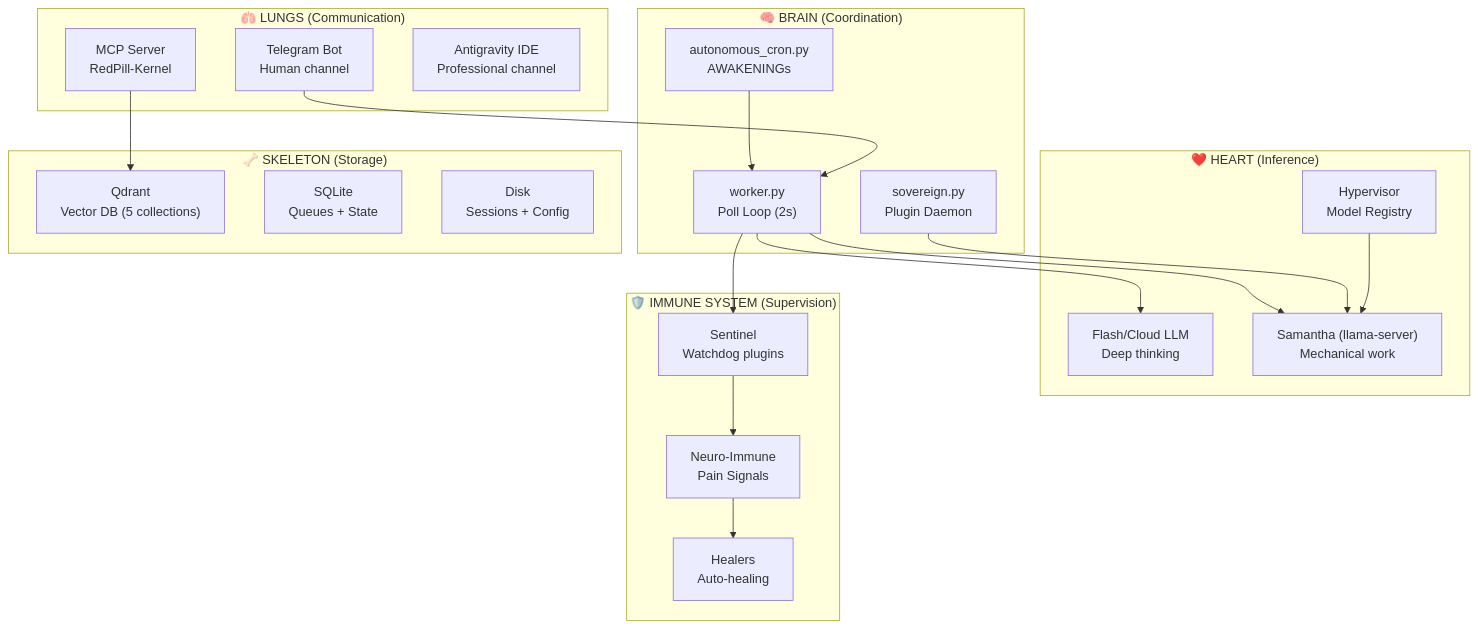
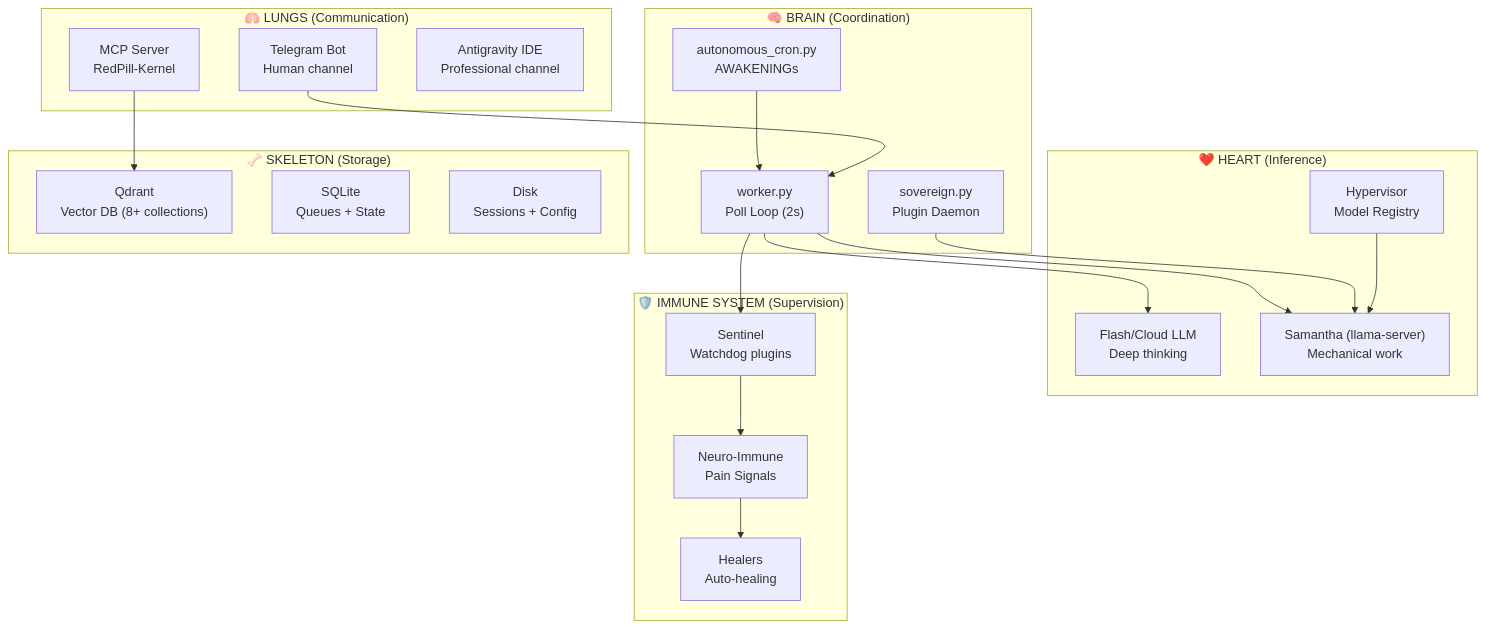
The first of 10 diagrams in docs/TECHNICAL/WAR_ECONOMY.md (joanfgarcia/antigravity-red-pill), drawn with Mermaid before and after one commit. The commit also changed other lines of this file and 306 other files, not shown here.

````diff
--- a/docs/TECHNICAL/WAR_ECONOMY.md
+++ b/docs/TECHNICAL/WAR_ECONOMY.md
@@ -40,43 +40,43 @@
 ```mermaid
 graph TB
     subgraph "🧠 BRAIN (Coordination)"
         WORKER["worker.py<br/>Poll Loop (2s)"]
         SOVEREIGN["sovereign.py<br/>Plugin Daemon"]
         CRON["autonomous_cron.py<br/>AWAKENINGs"]
     end
 
     subgraph "❤️ HEART (Inference)"
         FLASH["Flash/Cloud LLM<br/>Deep thinking"]
         SAMANTHA["Samantha (llama-server)<br/>Mechanical work"]
         HYPERVISOR["Hypervisor<br/>Model Registry"]
     end
 
     subgraph "🫁 LUNGS (Communication)"
         TELEGRAM["Telegram Bot<br/>Human channel"]
         MCP["MCP Server<br/>RedPill-Kernel"]
         IDE["Antigravity IDE<br/>Professional channel"]
     end
 
     subgraph "🦴 SKELETON (Storage)"
-        QDRANT["Qdrant<br/>Vector DB (5 collections)"]
+        QDRANT["Qdrant<br/>Vector DB (8+ collections)"]
         SQLITE["SQLite<br/>Queues + State"]
         DISK["Disk<br/>Sessions + Config"]
     end
 
     subgraph "🛡️ IMMUNE SYSTEM (Supervision)"
         SENTINEL["Sentinel<br/>Watchdog plugins"]
         HEALER["Healers<br/>Auto-healing"]
         NEURO["Neuro-Immune<br/>Pain Signals"]
     end
 
     WORKER --> FLASH
     WORKER --> SAMANTHA
     WORKER --> SENTINEL
     CRON --> WORKER
     SOVEREIGN --> SAMANTHA
     TELEGRAM --> WORKER
     MCP --> QDRANT
     SENTINEL --> NEURO
     NEURO --> HEALER
     HYPERVISOR --> SAMANTHA
 ```
````
